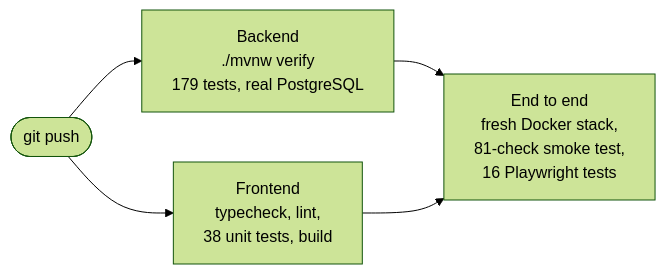
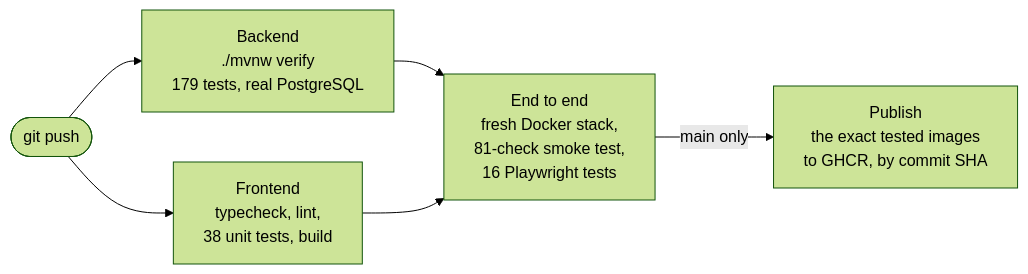
Before and after one commit to bossshhh/stockflow: the fourth of 4 diagrams in README.md, drawn with Mermaid (forest theme). The commit also changed other lines of this file and 3 other files, not shown here.

First line of the commit message:
CI deploy gate: publish only the tested images to GHCR

````diff
--- a/README.md
+++ b/README.md
@@ -202,7 +202,8 @@
 ```mermaid
 flowchart LR
     push(["git push"]) --> backend["Backend<br/>./mvnw verify<br/>179 tests, real PostgreSQL"]
     push --> frontend["Frontend<br/>typecheck, lint,<br/>38 unit tests, build"]
     backend --> e2e
     frontend --> e2e["End to end<br/>fresh Docker stack,<br/>81-check smoke test,<br/>16 Playwright tests"]
+    e2e -->|"main only"| publish["Publish<br/>the exact tested images<br/>to GHCR, by commit SHA"]
 ```
````
